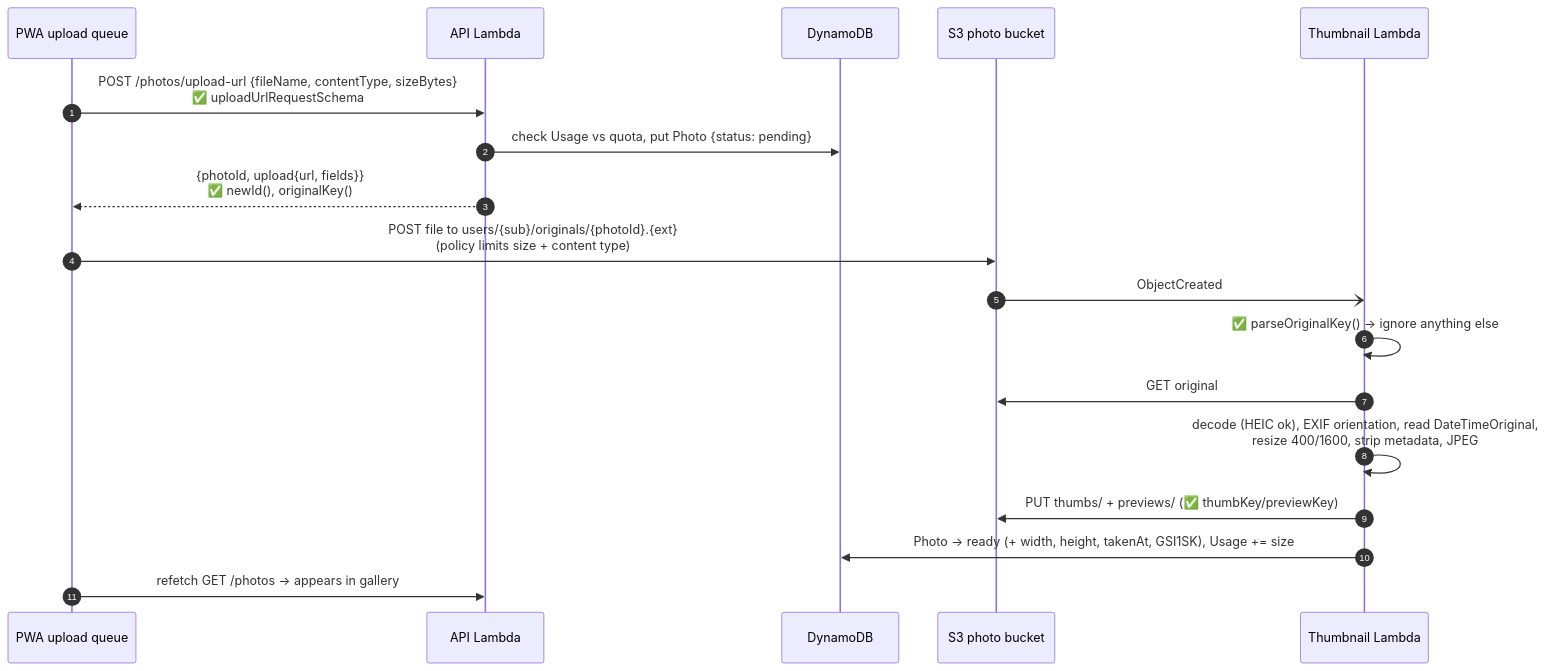
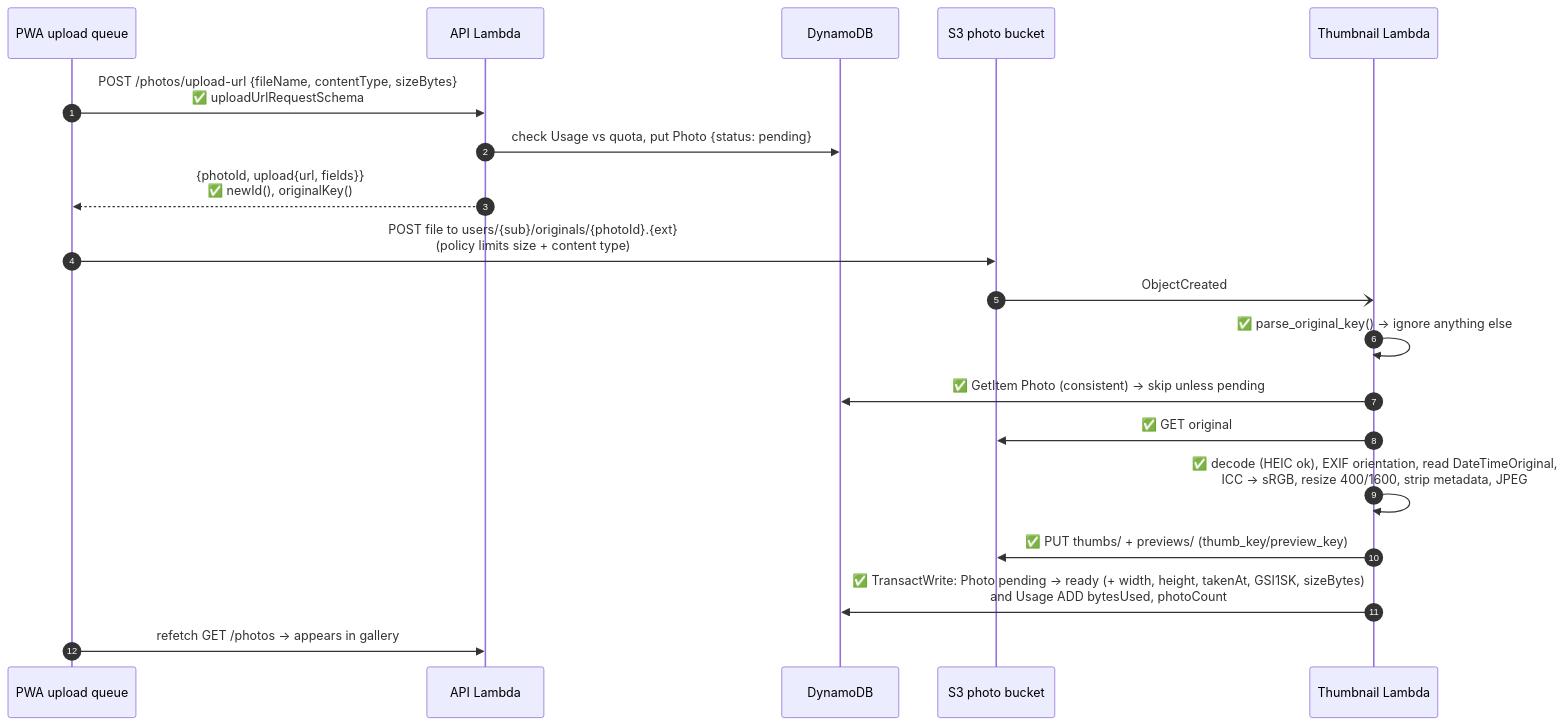
Before and after one commit to EdgarA28/Photo-app: the fifth of 6 diagrams in ARCHITECTURE.md, drawn with Mermaid. The commit also changed other lines of this file and 11 other files, not shown here.

````diff
--- a/ARCHITECTURE.md
+++ b/ARCHITECTURE.md
@@ -519,20 +530,21 @@
 ```mermaid
 sequenceDiagram
   autonumber
   participant U as PWA upload queue
   participant A as API Lambda
   participant D as DynamoDB
   participant S as S3 photo bucket
   participant T as Thumbnail Lambda
   U->>A: POST /photos/upload-url {fileName, contentType, sizeBytes}<br/>✅ uploadUrlRequestSchema
   A->>D: check Usage vs quota, put Photo {status: pending}
   A-->>U: {photoId, upload{url, fields}}<br/>✅ newId(), originalKey()
   U->>S: POST file to users/{sub}/originals/{photoId}.{ext}<br/>(policy limits size + content type)
   S-)T: ObjectCreated
-  T->>T: ✅ parseOriginalKey() → ignore anything else
-  T->>S: GET original
-  T->>T: decode (HEIC ok), EXIF orientation, read DateTimeOriginal,<br/>resize 400/1600, strip metadata, JPEG
-  T->>S: PUT thumbs/ + previews/ (✅ thumbKey/previewKey)
-  T->>D: Photo → ready (+ width, height, takenAt, GSI1SK), Usage += size
+  T->>T: ✅ parse_original_key() → ignore anything else
+  T->>D: ✅ GetItem Photo (consistent) → skip unless pending
+  T->>S: ✅ GET original
+  T->>T: ✅ decode (HEIC ok), EXIF orientation, read DateTimeOriginal,<br/>ICC → sRGB, resize 400/1600, strip metadata, JPEG
+  T->>S: ✅ PUT thumbs/ + previews/ (thumb_key/preview_key)
+  T->>D: ✅ TransactWrite: Photo pending → ready (+ width, height, takenAt, GSI1SK, sizeBytes)<br/>and Usage ADD bytesUsed, photoCount
   U->>A: refetch GET /photos → appears in gallery
 ```
````
